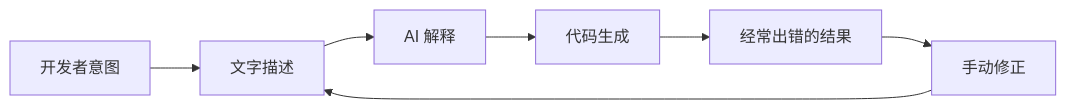
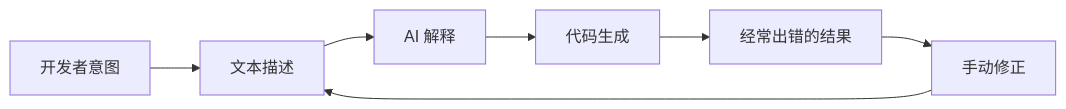
Before and after one commit to HatcherDX/hatch: the diagram in zh-cn/visual-to-code.md, drawn with Mermaid. The commit also changed other lines of this file and 99 other files, not shown here.

````diff
--- a/zh-cn/visual-to-code.md
+++ b/zh-cn/visual-to-code.md
@@ -14,9 +14,9 @@
 ```mermaid
 graph LR
-    A[开发者意图] --> B[文字描述]
+    A[开发者意图] --> B[文本描述]
     B --> C[AI 解释]
     C --> D[代码生成]
     D --> E[经常出错的结果]
     E --> F[手动修正]
     F --> B
 ```
````
